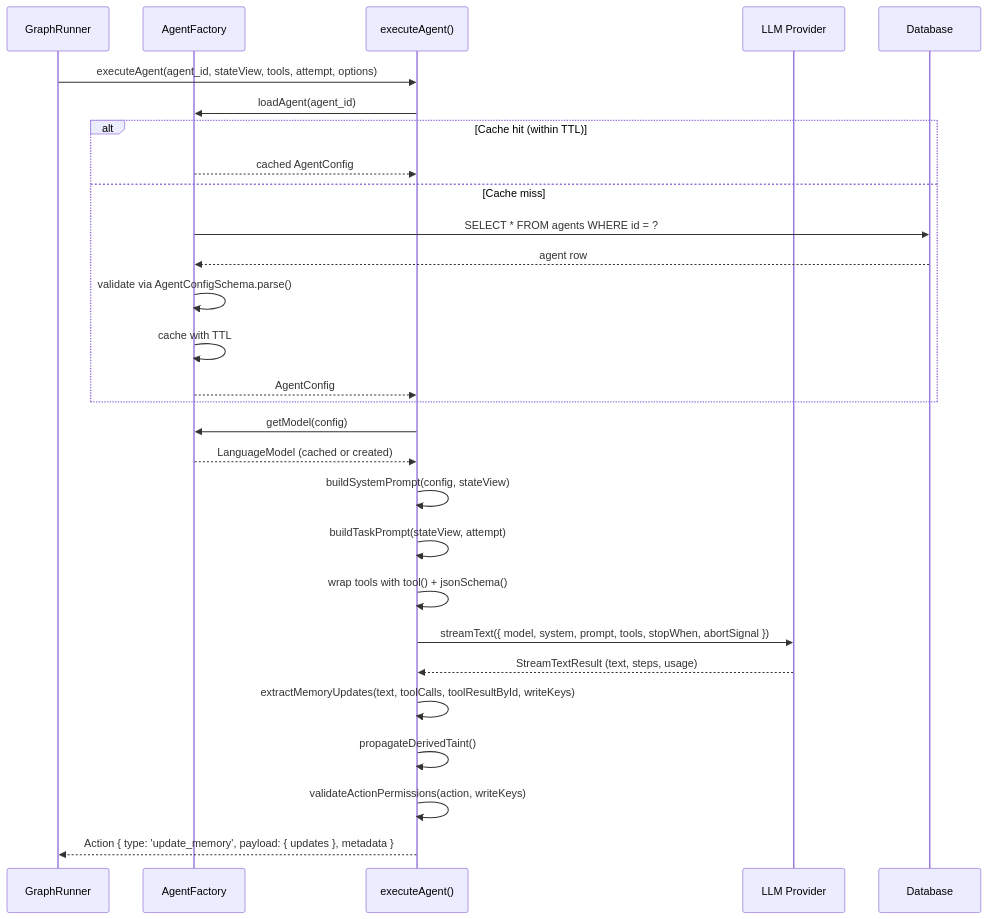
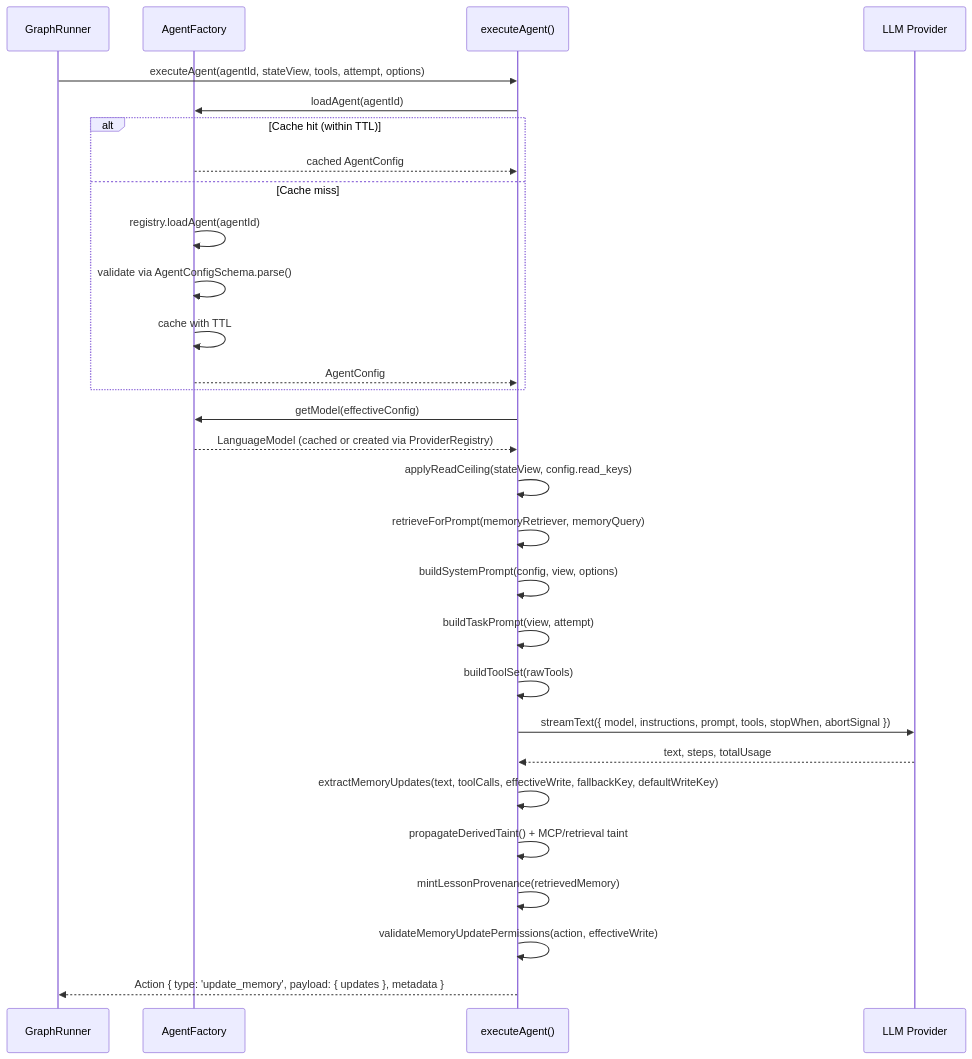
The second of 3 diagrams in packages/orchestrator/src/agents/README.md (wmcmahan/cycgraph), drawn with Mermaid before and after one commit. The commit also changed other lines of this file and 37 other files, not shown here.

````diff
--- a/packages/orchestrator/src/agents/README.md
+++ b/packages/orchestrator/src/agents/README.md
@@ -99,37 +112,38 @@
 ```mermaid
 sequenceDiagram
     participant GR as GraphRunner
     participant AF as AgentFactory
     participant AE as executeAgent()
     participant LLM as LLM Provider
-    participant DB as Database
 
-    GR->>AE: executeAgent(agent_id, stateView, tools, attempt, options)
-    AE->>AF: loadAgent(agent_id)
-    
+    GR->>AE: executeAgent(agentId, stateView, tools, attempt, options)
+    AE->>AF: loadAgent(agentId)
+
     alt Cache hit (within TTL)
         AF-->>AE: cached AgentConfig
     else Cache miss
-        AF->>DB: SELECT * FROM agents WHERE id = ?
-        DB-->>AF: agent row
+        AF->>AF: registry.loadAgent(agentId)
         AF->>AF: validate via AgentConfigSchema.parse()
         AF->>AF: cache with TTL
         AF-->>AE: AgentConfig
     end
 
-    AE->>AF: getModel(config)
-    AF-->>AE: LanguageModel (cached or created)
+    AE->>AF: getModel(effectiveConfig)
+    AF-->>AE: LanguageModel (cached or created via ProviderRegistry)
 
-    AE->>AE: buildSystemPrompt(config, stateView)
-    AE->>AE: buildTaskPrompt(stateView, attempt)
-    AE->>AE: wrap tools with tool() + jsonSchema()
+    AE->>AE: applyReadCeiling(stateView, config.read_keys)
+    AE->>AE: retrieveForPrompt(memoryRetriever, memoryQuery)
+    AE->>AE: buildSystemPrompt(config, view, options)
+    AE->>AE: buildTaskPrompt(view, attempt)
+    AE->>AE: buildToolSet(rawTools)
 
-    AE->>LLM: streamText({ model, system, prompt, tools, stopWhen, abortSignal })
-    LLM-->>AE: StreamTextResult (text, steps, usage)
+    AE->>LLM: streamText({ model, instructions, prompt, tools, stopWhen, abortSignal })
+    LLM-->>AE: text, steps, totalUsage
 
-    AE->>AE: extractMemoryUpdates(text, toolCalls, toolResultById, writeKeys)
-    AE->>AE: propagateDerivedTaint()
-    AE->>AE: validateActionPermissions(action, writeKeys)
+    AE->>AE: extractMemoryUpdates(text, toolCalls, effectiveWrite, fallbackKey, defaultWriteKey)
+    AE->>AE: propagateDerivedTaint() + MCP/retrieval taint
+    AE->>AE: mintLessonProvenance(retrievedMemory)
+    AE->>AE: validateMemoryUpdatePermissions(action, effectiveWrite)
 
     AE-->>GR: Action { type: 'update_memory', payload: { updates }, metadata }
 ```
````
